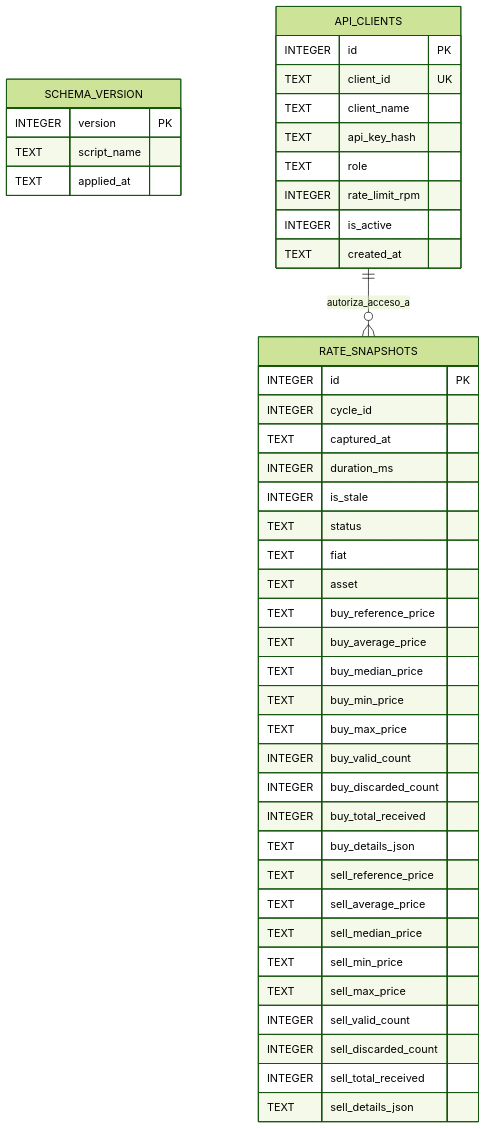
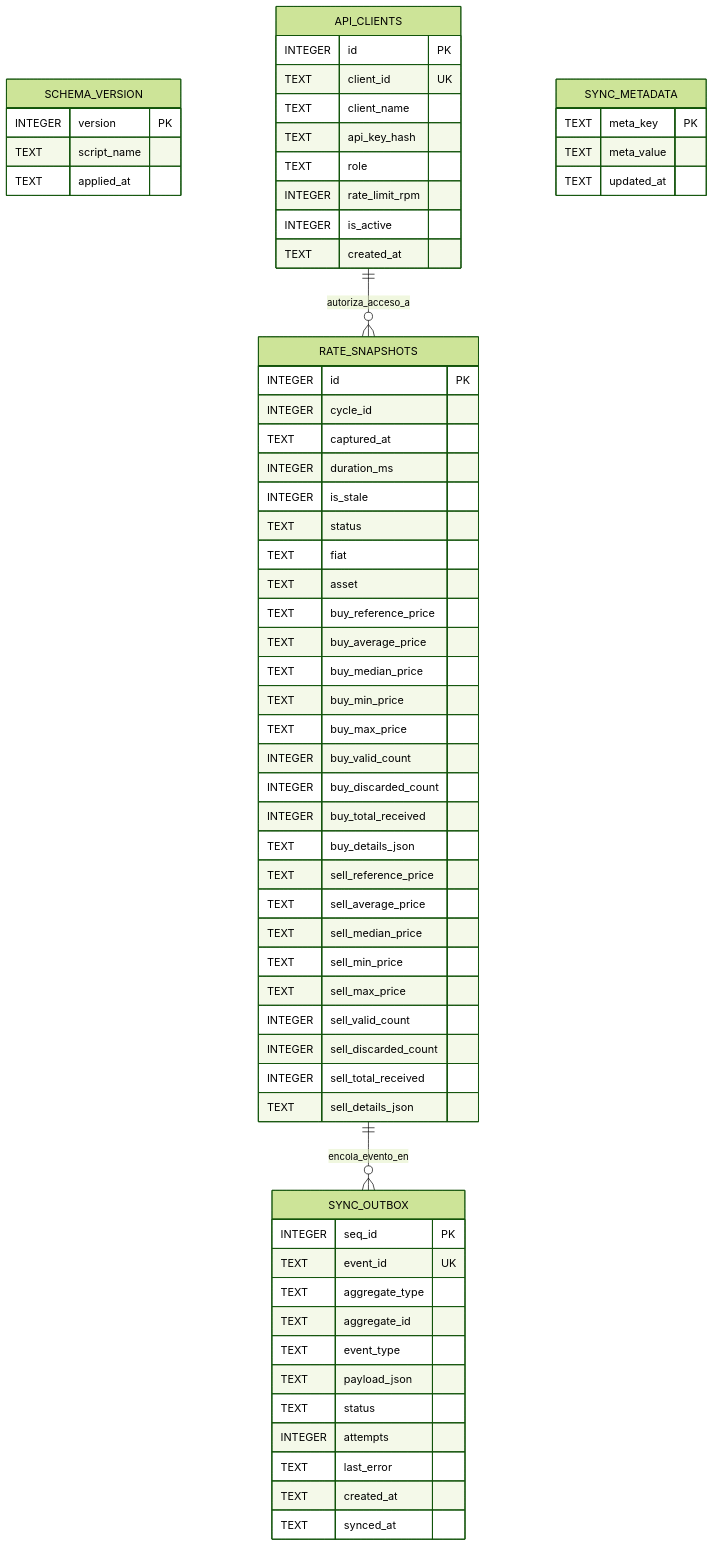
Before and after one commit to Franci-343/bolivia-p2p-rates: the second of 2 diagrams in README.md, drawn with Mermaid (forest theme). The commit also changed other lines of this file and 27 other files, not shown here.

````diff
--- a/README.md
+++ b/README.md
@@ -103,50 +120,71 @@
 ```mermaid
 erDiagram
     SCHEMA_VERSION {
         INTEGER version PK
         TEXT script_name
         TEXT applied_at
     }
 
     RATE_SNAPSHOTS {
         INTEGER id PK
         INTEGER cycle_id
         TEXT captured_at
         INTEGER duration_ms
         INTEGER is_stale
         TEXT status
         TEXT fiat
         TEXT asset
         TEXT buy_reference_price
         TEXT buy_average_price
         TEXT buy_median_price
         TEXT buy_min_price
         TEXT buy_max_price
         INTEGER buy_valid_count
         INTEGER buy_discarded_count
         INTEGER buy_total_received
         TEXT buy_details_json
         TEXT sell_reference_price
         TEXT sell_average_price
         TEXT sell_median_price
         TEXT sell_min_price
         TEXT sell_max_price
         INTEGER sell_valid_count
         INTEGER sell_discarded_count
         INTEGER sell_total_received
         TEXT sell_details_json
     }
 
     API_CLIENTS {
         INTEGER id PK
         TEXT client_id UK
         TEXT client_name
         TEXT api_key_hash
         TEXT role
         INTEGER rate_limit_rpm
         INTEGER is_active
         TEXT created_at
     }
 
+    SYNC_OUTBOX {
+        INTEGER seq_id PK
+        TEXT event_id UK
+        TEXT aggregate_type
+        TEXT aggregate_id
+        TEXT event_type
+        TEXT payload_json
+        TEXT status
+        INTEGER attempts
+        TEXT last_error
+        TEXT created_at
+        TEXT synced_at
+    }
+
+    SYNC_METADATA {
+        TEXT meta_key PK
+        TEXT meta_value
+        TEXT updated_at
+    }
+
     API_CLIENTS ||--o{ RATE_SNAPSHOTS : "autoriza_acceso_a"
+    RATE_SNAPSHOTS ||--o{ SYNC_OUTBOX : "encola_evento_en"
 ```
````
